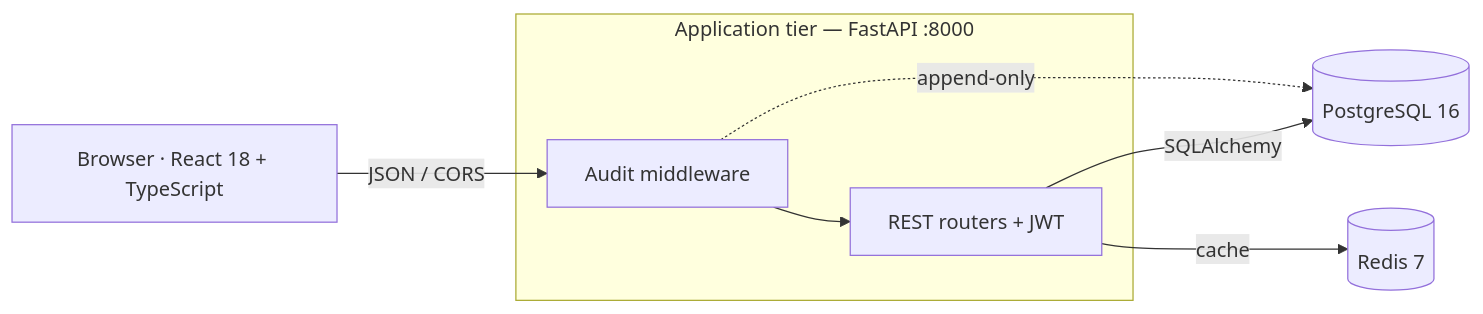
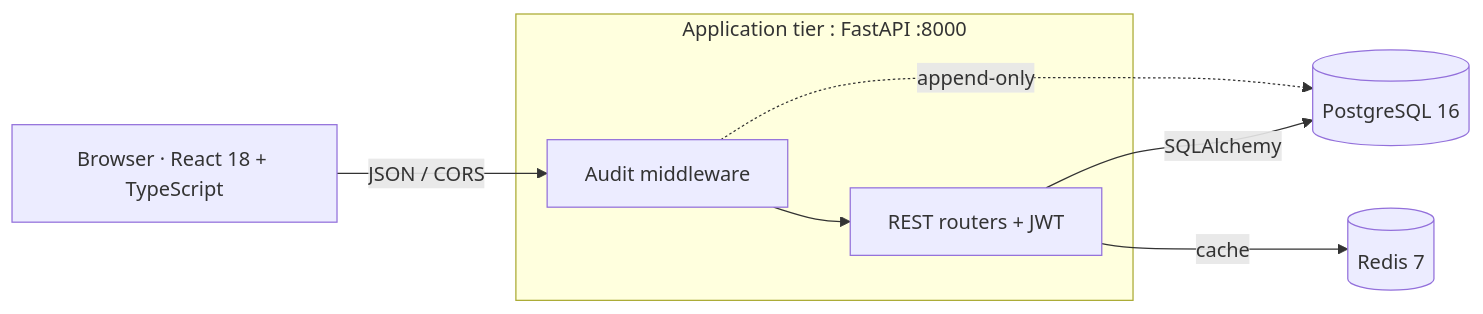
The diagram in README.md (nayakwadi/carebridge-ai-agile), drawn with Mermaid before and after one commit. The commit also changed other lines of this file and 27 other files, not shown here.

````diff
--- a/README.md
+++ b/README.md
@@ -50,13 +50,13 @@
 ```mermaid
 flowchart LR
     B["Browser · React 18 + TypeScript"]
-    subgraph App["Application tier — FastAPI :8000"]
+    subgraph App["Application tier : FastAPI :8000"]
         MW["Audit middleware"] --> API["REST routers + JWT"]
     end
     PG[("PostgreSQL 16")]
     RD[("Redis 7")]
     B -->|JSON / CORS| MW
     API -->|SQLAlchemy| PG
     API -->|cache| RD
     MW -.->|append-only| PG
 ```
````
